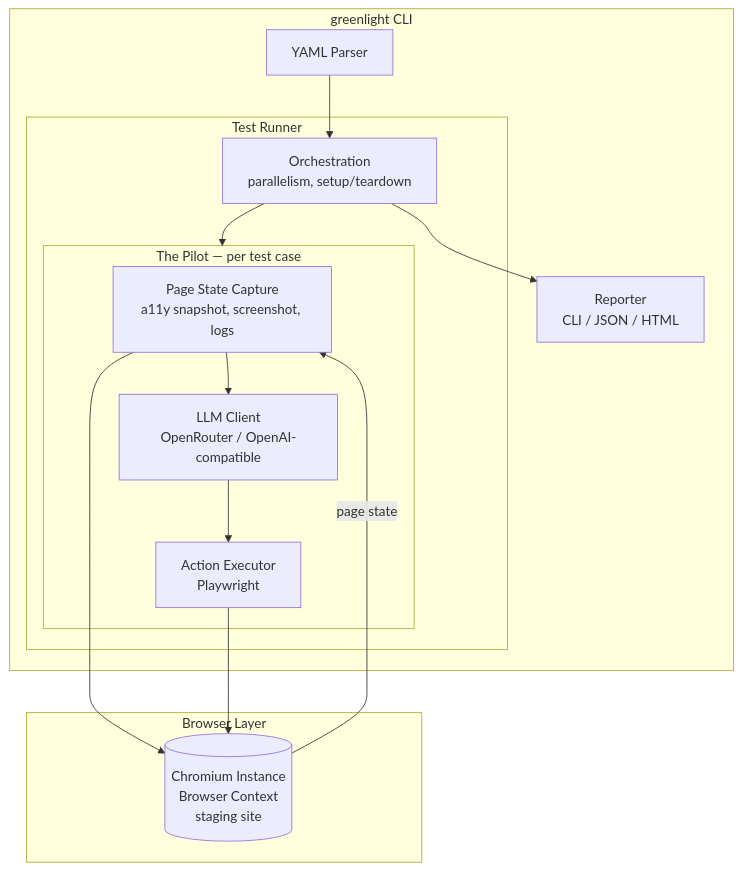
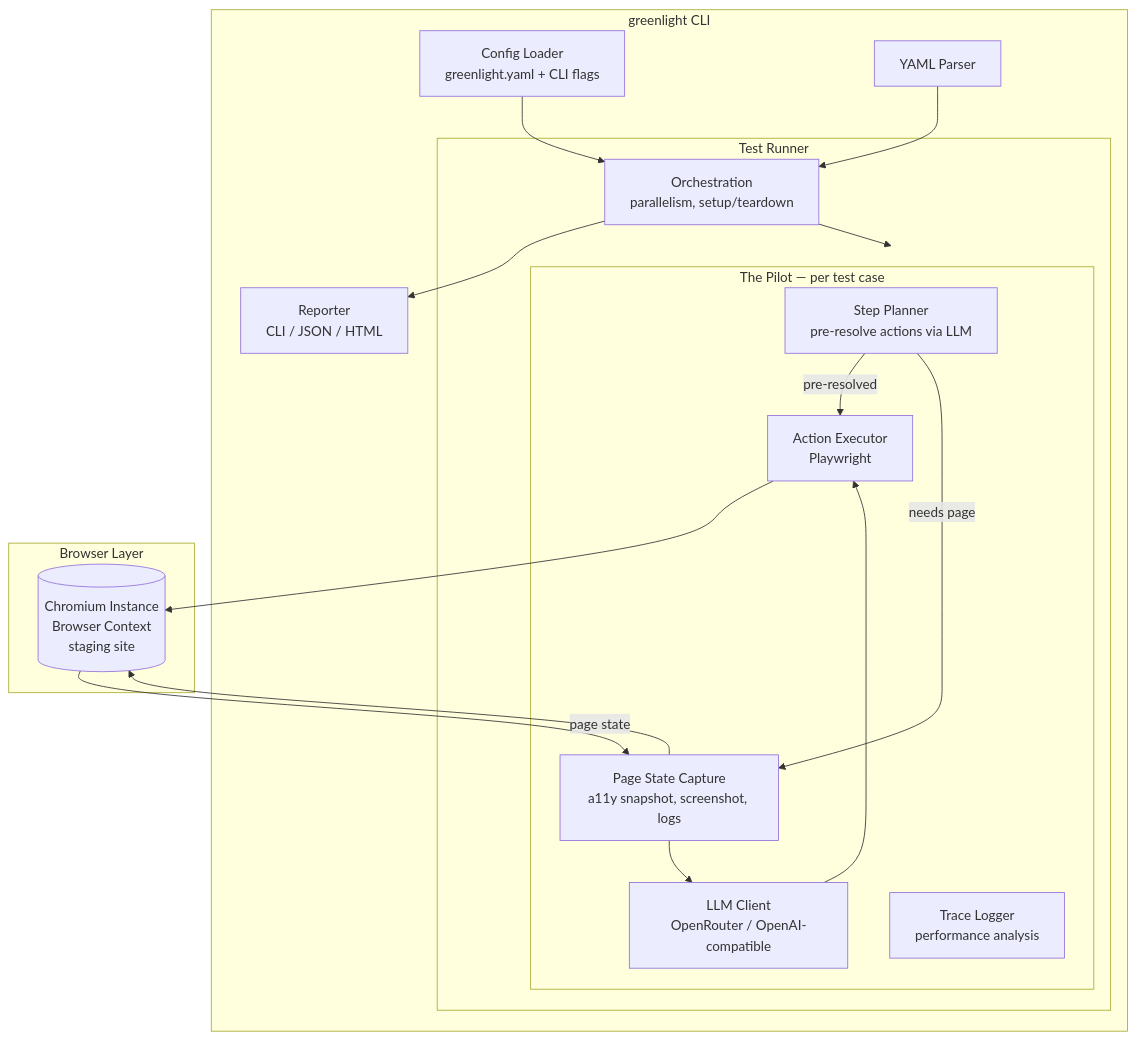
The second of 2 diagrams in docs/specifications.md (eidra-umain/GreenLight), drawn with Mermaid before and after one commit. The commit also changed other lines of this file and 4 other files, not shown here.

````diff
--- a/docs/specifications.md
+++ b/docs/specifications.md
@@ -414,30 +572,36 @@
 ```mermaid
 flowchart TD
     subgraph cli[greenlight CLI]
+        config[Config Loader<br/>greenlight.yaml + CLI flags]
         yaml[YAML Parser]
         reporter[Reporter<br/>CLI / JSON / HTML]
 
         subgraph runner[Test Runner]
             orchestrator[Orchestration<br/>parallelism, setup/teardown]
 
             subgraph pilot[The Pilot — per test case]
+                planner[Step Planner<br/>pre-resolve actions via LLM]
                 state[Page State Capture<br/>a11y snapshot, screenshot, logs]
                 llm[LLM Client<br/>OpenRouter / OpenAI-compatible]
                 executor[Action Executor<br/>Playwright]
+                trace[Trace Logger<br/>performance analysis]
             end
         end
     end
 
     subgraph browser[Browser Layer]
         chromium[(Chromium Instance<br/>Browser Context<br/>staging site)]
     end
 
+    config --> orchestrator
     yaml --> orchestrator
     orchestrator --> pilot
+    planner -->|pre-resolved| executor
+    planner -->|needs page| state
     state --> llm
     llm --> executor
     state --> chromium
     executor --> chromium
     chromium -->|page state| state
     orchestrator --> reporter
 ```
````
